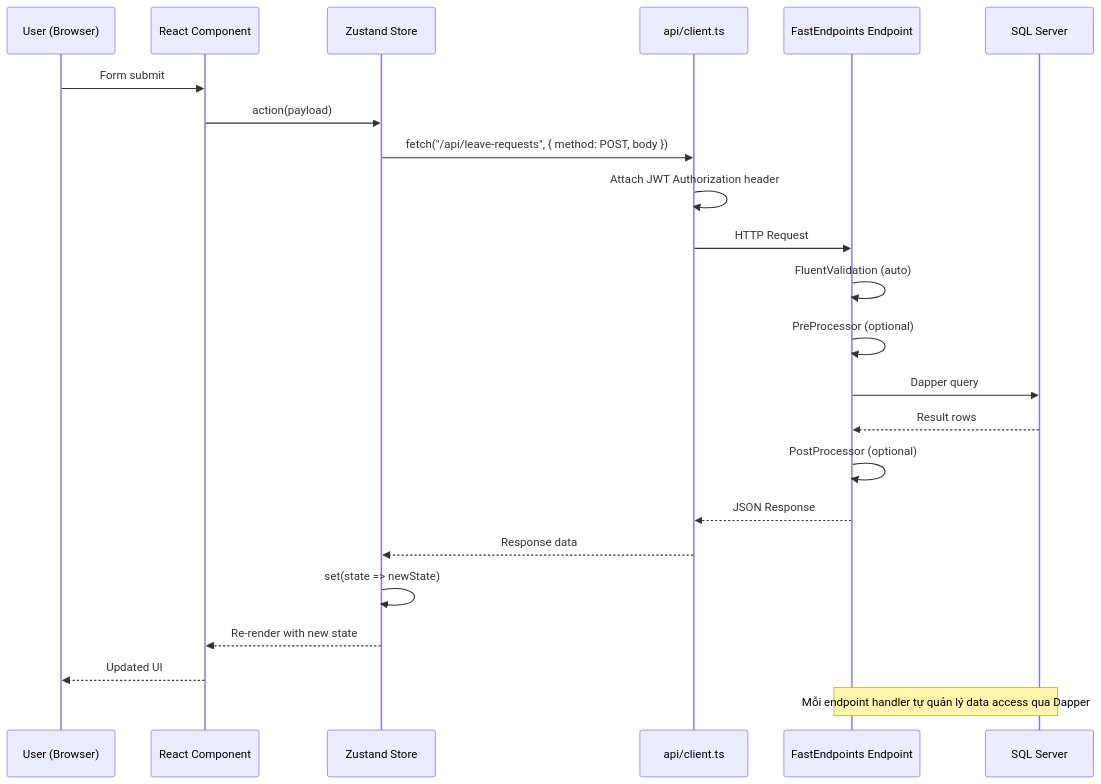
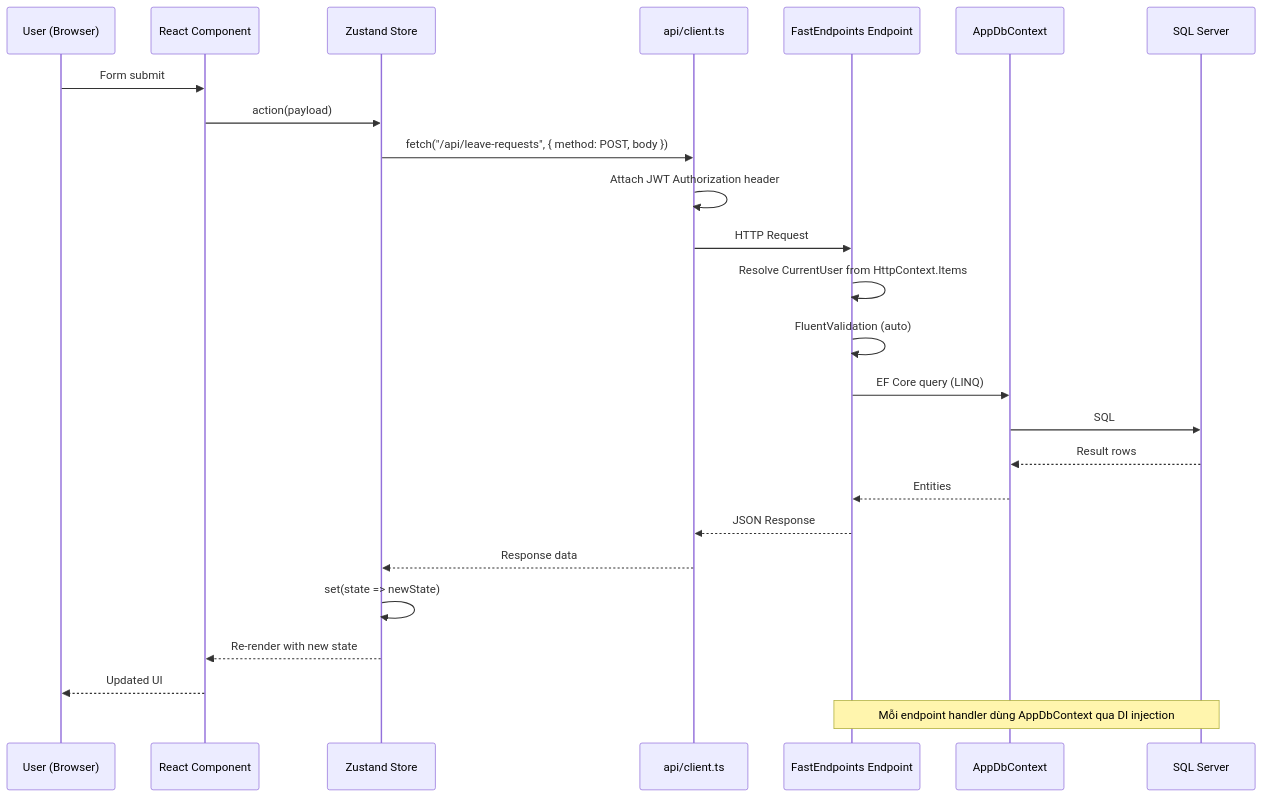
Before and after one commit to Ali-AnNT/qlnp-ttcds: the second of 7 diagrams in docs/system-architecture.md, drawn with Mermaid. The commit also changed other lines of this file and 60 other files, not shown here.

````diff
--- a/docs/system-architecture.md
+++ b/docs/system-architecture.md
@@ -111,27 +114,29 @@
 ```mermaid
 sequenceDiagram
     participant User as User (Browser)
     participant Component as React Component
     participant Store as Zustand Store
     participant API as api/client.ts
     participant FE as FastEndpoints Endpoint
+    participant DbCtx as AppDbContext
     participant DB as SQL Server
 
     User->>Component: Form submit
     Component->>Store: action(payload)
     Store->>API: fetch("/api/leave-requests", { method: POST, body })
     API->>API: Attach JWT Authorization header
     API->>FE: HTTP Request
+    FE->>FE: Resolve CurrentUser from HttpContext.Items
     FE->>FE: FluentValidation (auto)
-    FE->>FE: PreProcessor (optional)
-    FE->>DB: Dapper query
-    DB-->>FE: Result rows
-    FE->>FE: PostProcessor (optional)
+    FE->>DbCtx: EF Core query (LINQ)
+    DbCtx->>DB: SQL
+    DB-->>DbCtx: Result rows
+    DbCtx-->>FE: Entities
     FE-->>API: JSON Response
     API-->>Store: Response data
     Store->>Store: set(state => newState)
     Store-->>Component: Re-render with new state
     Component-->>User: Updated UI
 
-    Note over FE,DB: Mỗi endpoint handler tự quản lý data access qua Dapper
+    Note over FE,DB: Mỗi endpoint handler dùng AppDbContext qua DI injection
 ```
````
